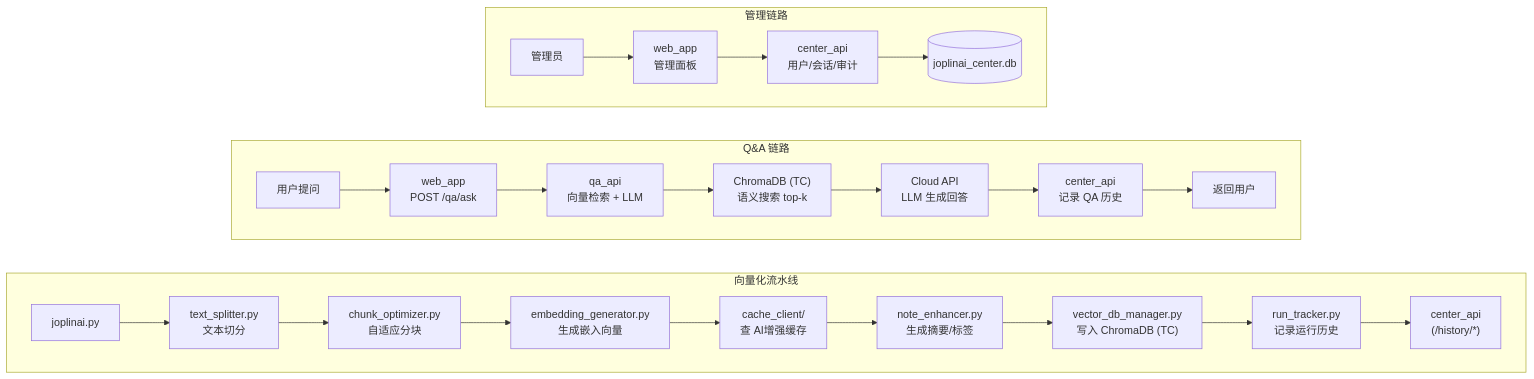
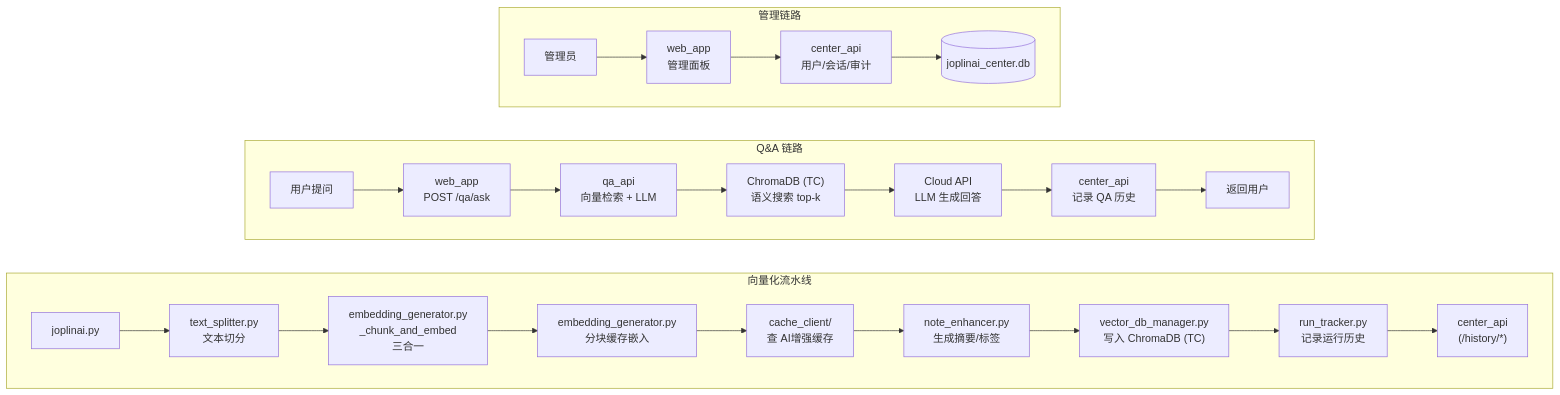
One commit to heart5/joplinai changed the third of 10 diagrams in docs/TECHNICAL_MANUAL.md. Above: the diagram before and after it, drawn with Mermaid. The commit also changed other lines of this file and 6 other files, not shown here.

````diff
--- a/docs/TECHNICAL_MANUAL.md
+++ b/docs/TECHNICAL_MANUAL.md
@@ -160,31 +160,31 @@
 ```mermaid
 flowchart LR
     subgraph FLOW1["向量化流水线"]
         direction LR
         V1["joplinai.py"] --> V2["text_splitter.py<br/>文本切分"]
-        V2 --> V3["chunk_optimizer.py<br/>自适应分块"]
-        V3 --> V4["embedding_generator.py<br/>生成嵌入向量"]
+        V2 --> V3["embedding_generator.py<br/>_chunk_and_embed<br/>三合一"]
+        V3 --> V4["embedding_generator.py<br/>分块缓存嵌入"]
         V4 --> V5["cache_client/<br/>查 AI增强缓存"]
         V5 --> V6["note_enhancer.py<br/>生成摘要/标签"]
         V6 --> V7["vector_db_manager.py<br/>写入 ChromaDB (TC)"]
         V7 --> V8["run_tracker.py<br/>记录运行历史"]
         V8 --> V9["center_api<br/>(/history/*)"]
     end
 
     subgraph FLOW2["Q&A 链路"]
         direction LR
         Q1["用户提问"] --> Q2["web_app<br/>POST /qa/ask"]
         Q2 --> Q3["qa_api<br/>向量检索 + LLM"]
         Q3 --> Q4["ChromaDB (TC)<br/>语义搜索 top-k"]
         Q4 --> Q5["Cloud API<br/>LLM 生成回答"]
         Q5 --> Q6["center_api<br/>记录 QA 历史"]
         Q6 --> Q7["返回用户"]
     end
 
     subgraph FLOW3["管理链路"]
         direction LR
         M1["管理员"] --> M2["web_app<br/>管理面板"]
         M2 --> M3["center_api<br/>用户/会话/审计"]
         M3 --> M4[("joplinai_center.db")]
     end
 ```
````
